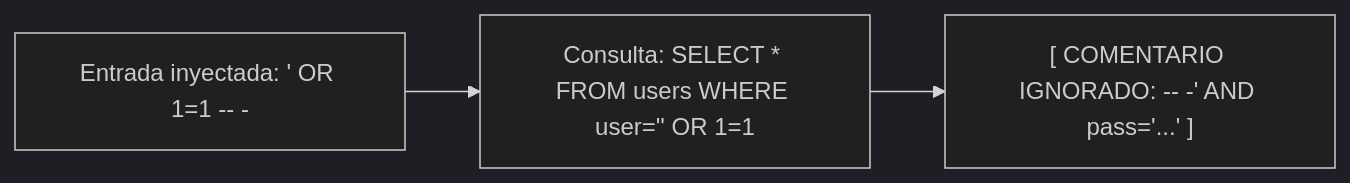
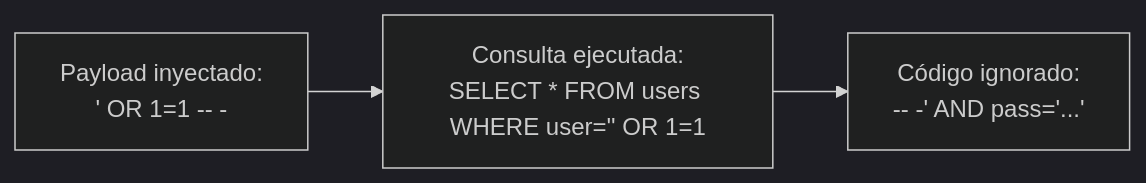
The second of 2 diagrams in pentesting-web/03-sql-injection-fundamentos-y-logica/README.md (purpesec/Cybersecurity-For-Beginners), drawn with Mermaid (dark theme) before and after one commit. The commit also changed other lines of this file and 5 other files, not shown here.

````diff
--- a/pentesting-web/03-sql-injection-fundamentos-y-logica/README.md
+++ b/pentesting-web/03-sql-injection-fundamentos-y-logica/README.md
@@ -128,5 +104,5 @@
 ```mermaid
 flowchart LR
-    A["Entrada inyectada: ' OR 1=1 -- -"] --> B["Consulta: SELECT * FROM users WHERE user='' OR 1=1"]
-    B --> C["[ COMENTARIO IGNORADO: -- -' AND pass='...' ]"]
+    A["Payload inyectado:\n' OR 1=1 -- -"] --> B["Consulta ejecutada:\nSELECT * FROM users WHERE user='' OR 1=1"]
+    B --> C["Código ignorado:\n-- -' AND pass='...'"]
 ```
````
